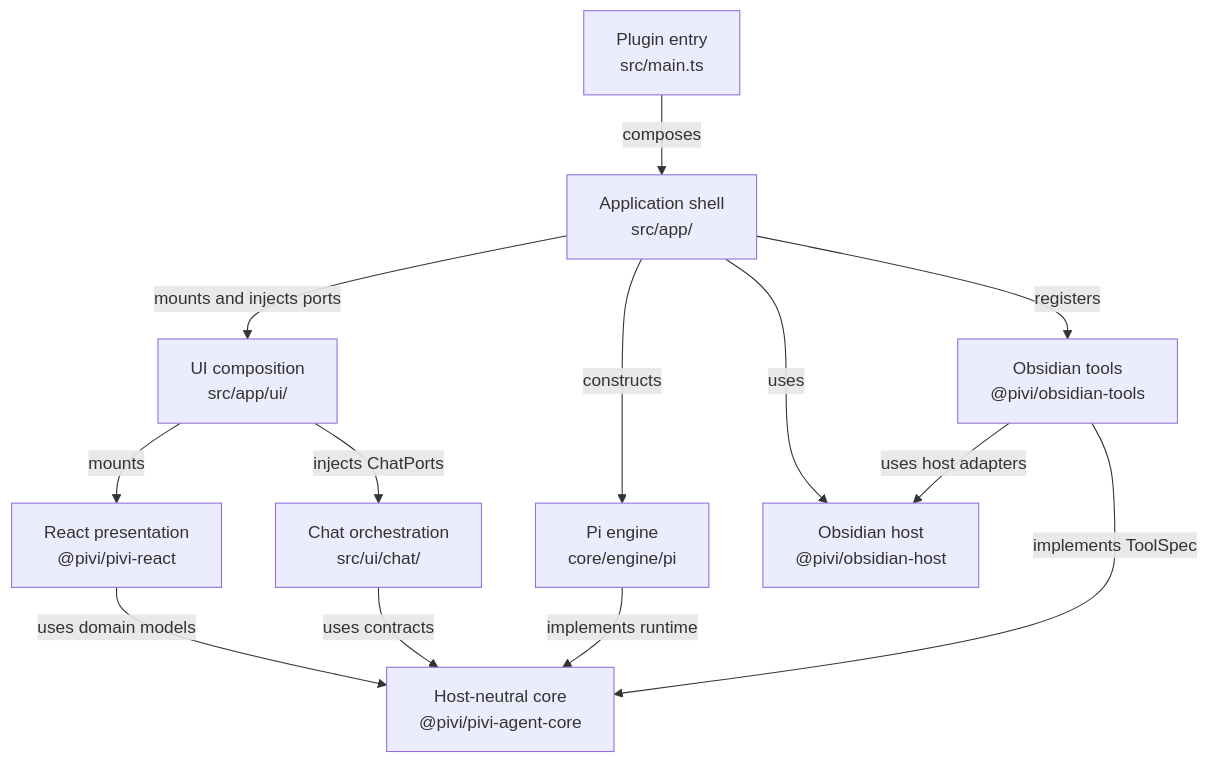
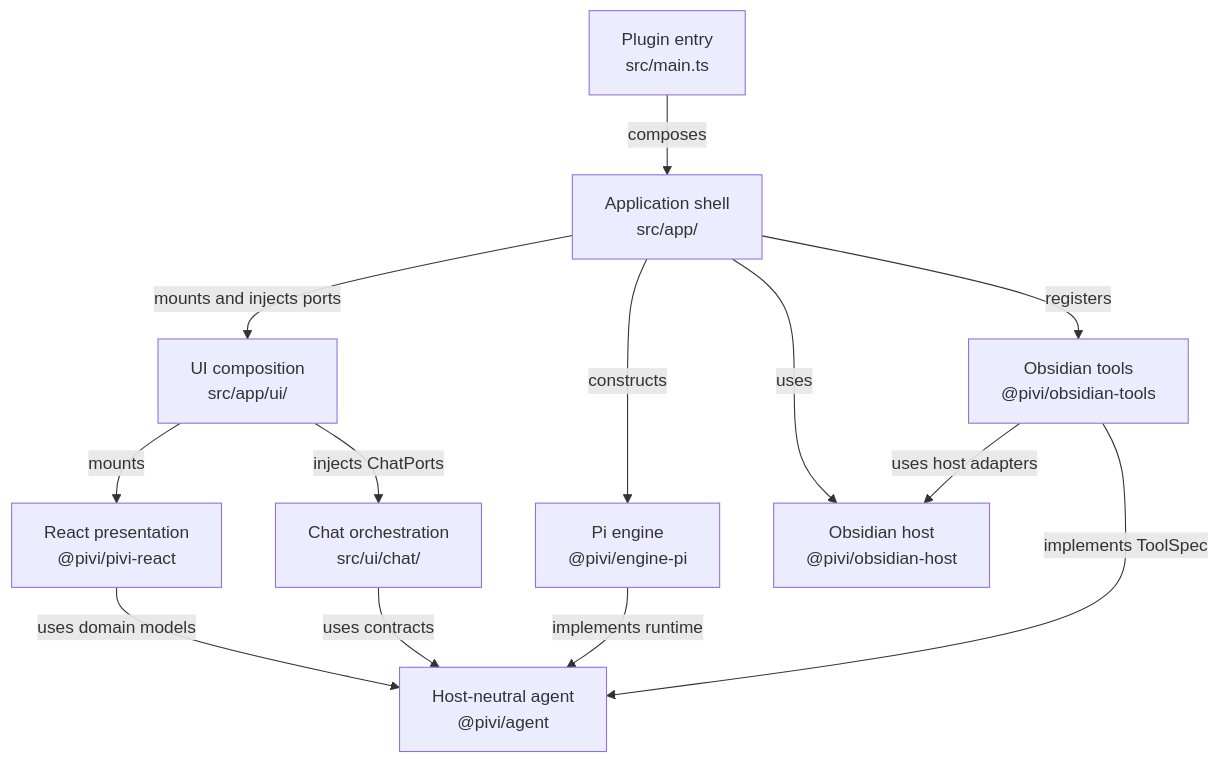
Before and after one commit to shuuul/obsidian-pivi: the first of 3 diagrams in docs/README.md, drawn with Mermaid. The commit also changed other lines of this file and 817 other files, not shown here.

First line of the commit message:
refactor(architecture): split agent package from Pi engine adapter

````diff
--- a/docs/README.md
+++ b/docs/README.md
@@ -29,15 +29,15 @@
 ```mermaid
 flowchart TD
   Main["Plugin entry<br/>src/main.ts"] -- "composes" --> App["Application shell<br/>src/app/"]
   App -- "mounts and injects ports" --> AppUI["UI composition<br/>src/app/ui/"]
   AppUI -- "mounts" --> React["React presentation<br/>@pivi/pivi-react"]
   AppUI -- "injects ChatPorts" --> Chat["Chat orchestration<br/>src/ui/chat/"]
-  App -- "constructs" --> Engine["Pi engine<br/>core/engine/pi"]
+  App -- "constructs" --> Engine["Pi engine<br/>@pivi/engine-pi"]
   App -- "uses" --> Host["Obsidian host<br/>@pivi/obsidian-host"]
   App -- "registers" --> Tools["Obsidian tools<br/>@pivi/obsidian-tools"]
-  React -- "uses domain models" --> Core["Host-neutral core<br/>@pivi/pivi-agent-core"]
-  Chat -- "uses contracts" --> Core
-  Engine -- "implements runtime" --> Core
+  React -- "uses domain models" --> Agent["Host-neutral agent<br/>@pivi/agent"]
+  Chat -- "uses contracts" --> Agent
+  Engine -- "implements runtime" --> Agent
   Tools -- "uses host adapters" --> Host
-  Tools -- "implements ToolSpec" --> Core
+  Tools -- "implements ToolSpec" --> Agent
 ```
````
